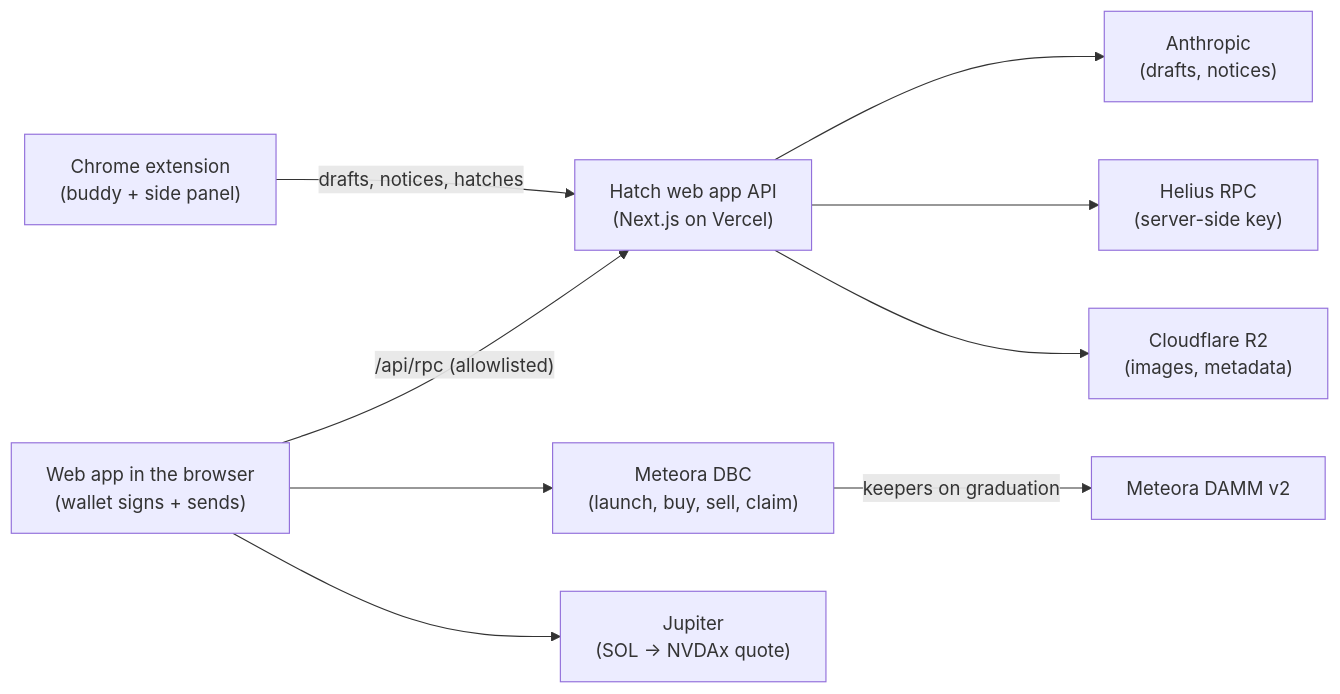
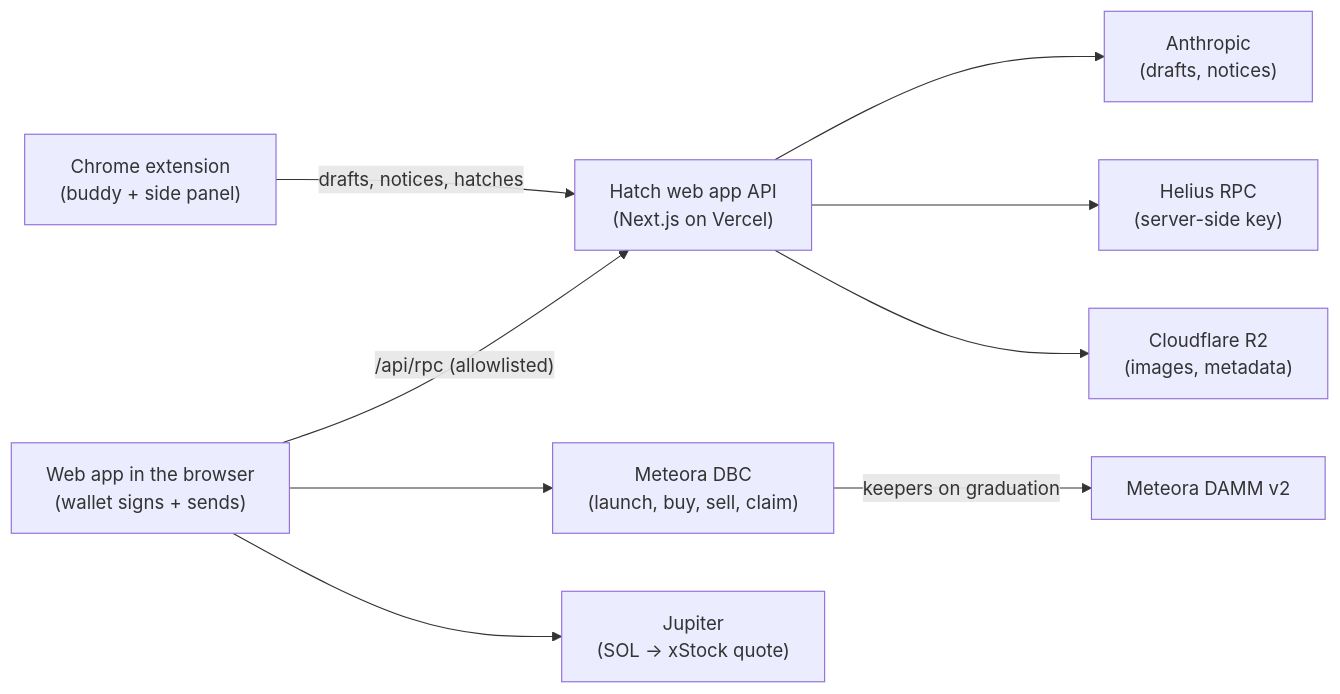
The diagram in README.md (shrooms08/hatch), drawn with Mermaid before and after one commit. The commit also changed other lines of this file and 21 other files, not shown here.

````diff
--- a/README.md
+++ b/README.md
@@ -52,11 +83,11 @@
 ```mermaid
 flowchart LR
   ext["Chrome extension<br/>(buddy + side panel)"] -->|"drafts, notices, hatches"| api["Hatch web app API<br/>(Next.js on Vercel)"]
   browser["Web app in the browser<br/>(wallet signs + sends)"] -->|"/api/rpc (allowlisted)"| api
   api --> anthropic["Anthropic<br/>(drafts, notices)"]
   api --> helius["Helius RPC<br/>(server-side key)"]
   api --> r2["Cloudflare R2<br/>(images, metadata)"]
   browser --> dbc["Meteora DBC<br/>(launch, buy, sell, claim)"]
-  browser --> jup["Jupiter<br/>(SOL → NVDAx quote)"]
+  browser --> jup["Jupiter<br/>(SOL → xStock quote)"]
   dbc -->|"keepers on graduation"| damm["Meteora DAMM v2"]
 ```
````
